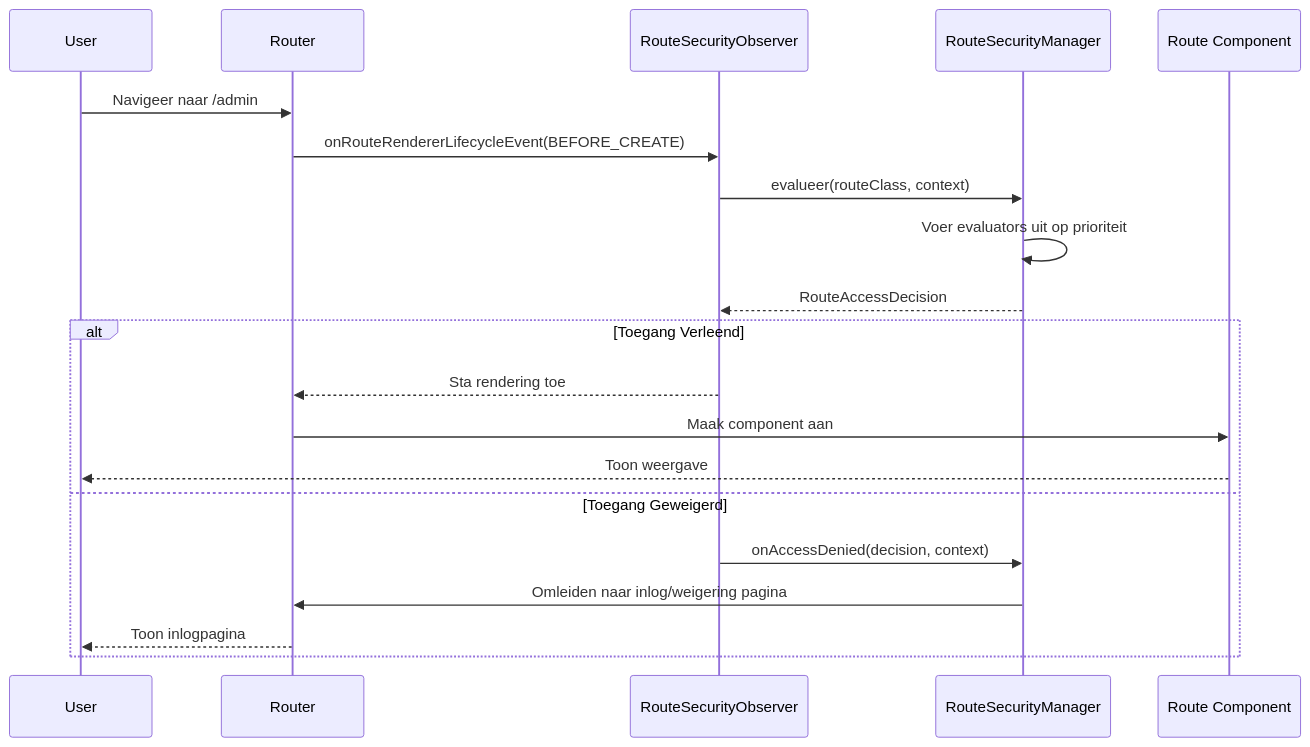
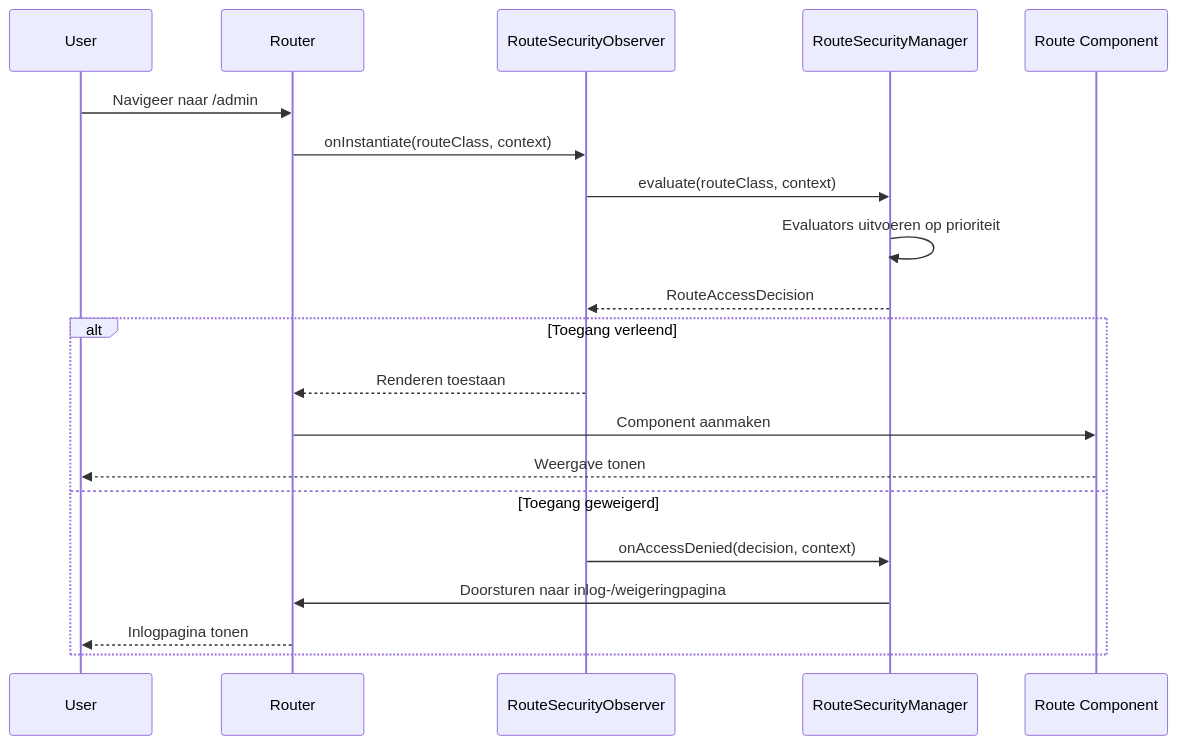
One commit to webforj/webforj-documentation changed the diagram in docs/i18n/nl/docusaurus-plugin-content-docs/current/security/architecture/navigation-flow.md. Above: the diagram before and after it, drawn with Mermaid. The commit also changed other lines of this file and 385 other files, not shown here.

````diff
--- a/docs/i18n/nl/docusaurus-plugin-content-docs/current/security/architecture/navigation-flow.md
+++ b/docs/i18n/nl/docusaurus-plugin-content-docs/current/security/architecture/navigation-flow.md
@@ -33,24 +36,24 @@
 ```mermaid
 sequenceDiagram
   participant User
   participant Router
   participant Observer as RouteSecurityObserver
   participant Manager as RouteSecurityManager
   participant Component as Route Component
 
   User->>Router: Navigeer naar /admin
-  Router->>Observer: onRouteRendererLifecycleEvent(BEFORE_CREATE)
-  Observer->>Manager: evalueer(routeClass, context)
-  Manager->>Manager: Voer evaluators uit op prioriteit
+  Router->>Observer: onInstantiate(routeClass, context)
+  Observer->>Manager: evaluate(routeClass, context)
+  Manager->>Manager: Evaluators uitvoeren op prioriteit
   Manager-->>Observer: RouteAccessDecision
 
-  alt Toegang Verleend
-    Observer-->>Router: Sta rendering toe
-    Router->>Component: Maak component aan
-    Component-->>User: Toon weergave
-  else Toegang Geweigerd
+  alt Toegang verleend
+    Observer-->>Router: Renderen toestaan
+    Router->>Component: Component aanmaken
+    Component-->>User: Weergave tonen
+  else Toegang geweigerd
     Observer->>Manager: onAccessDenied(decision, context)
-    Manager->>Router: Omleiden naar inlog/weigering pagina
-    Router-->>User: Toon inlogpagina
+    Manager->>Router: Doorsturen naar inlog-/weigeringpagina
+    Router-->>User: Inlogpagina tonen
   end
 ```
````
